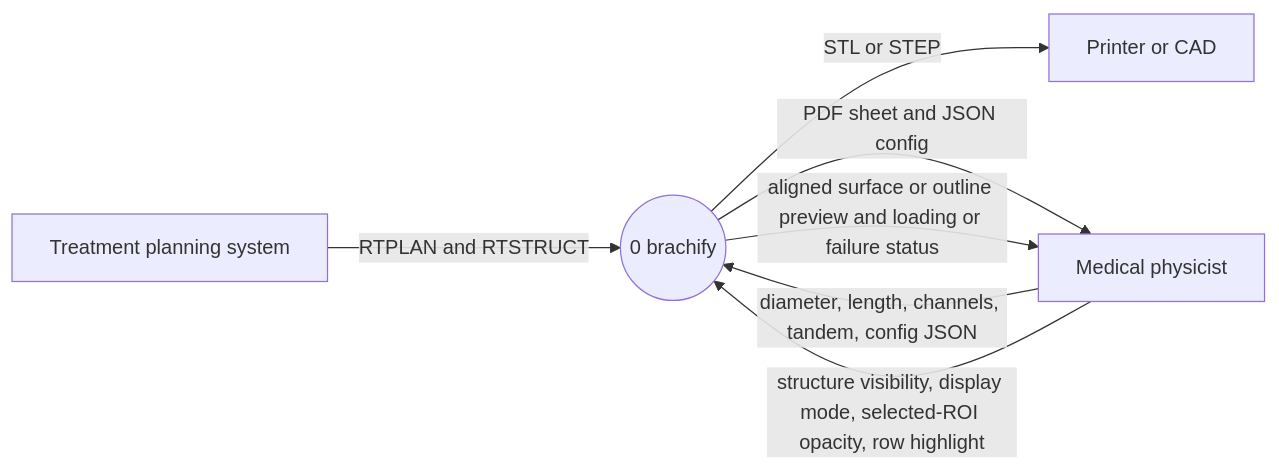
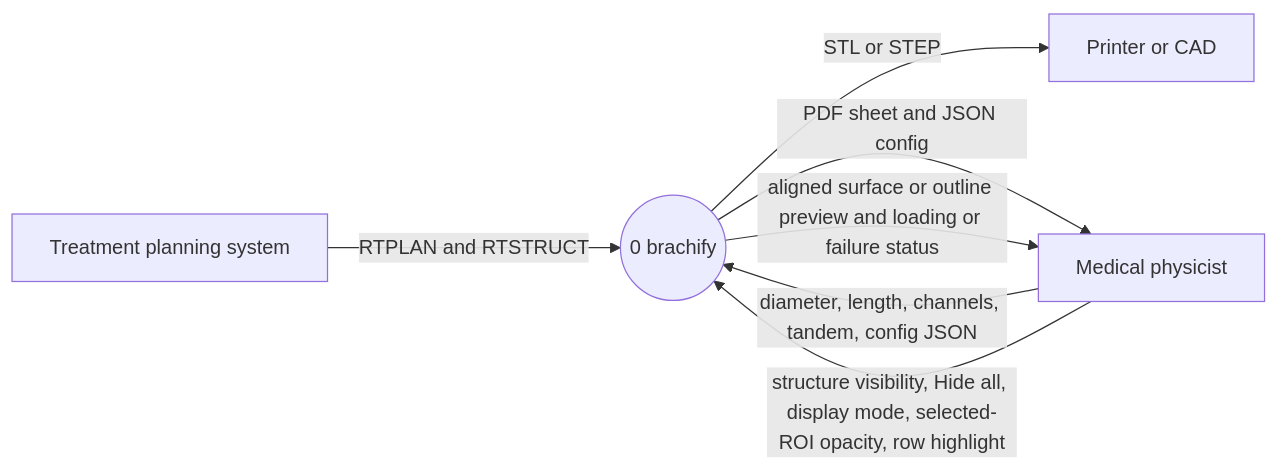
Before and after one commit to COSC-499-W2026/capstone-project-team-10: the diagram in docs/architecture/diagrams/existing-framework/dfd-0.mmd, drawn with Mermaid. The commit also changed 6 other files, not shown here.

Commit message:
docs: name Hide all on the DFD and UML

```diff
--- a/docs/architecture/diagrams/existing-framework/dfd-0.mmd
+++ b/docs/architecture/diagrams/existing-framework/dfd-0.mmd
@@ -1,14 +1,14 @@
 %% title: DFD level 0
 %% alt: DFD level 0, brachify as one process
 flowchart LR
   tps["Treatment planning system"]
   physicist["Medical physicist"]
   printer["Printer or CAD"]
   brachify(("0 brachify"))
 
   tps -->|"RTPLAN and RTSTRUCT"| brachify
   physicist -->|"diameter, length, channels, tandem, config JSON"| brachify
   brachify -->|"STL or STEP"| printer
   brachify -->|"PDF sheet and JSON config"| physicist
-  physicist -->|"structure visibility, display mode, selected-ROI opacity, row highlight"| brachify
+  physicist -->|"structure visibility, Hide all, display mode, selected-ROI opacity, row highlight"| brachify
   brachify -->|"aligned surface or outline preview and loading or failure status"| physicist
```
